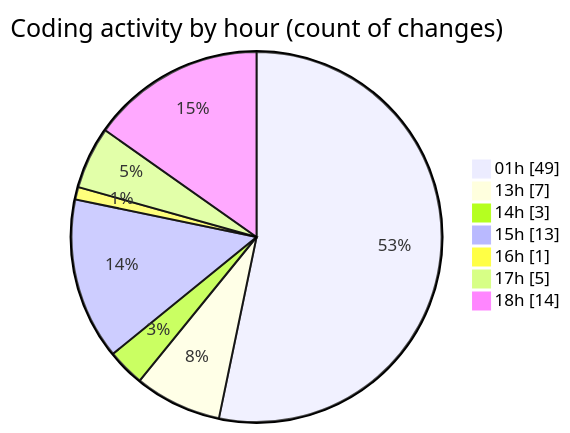
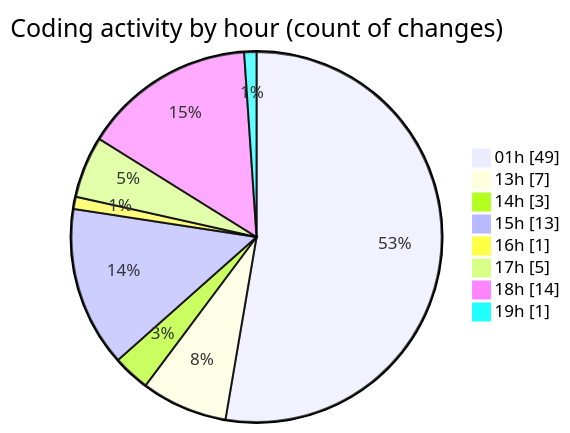
The second of 2 diagrams in 2025-09-02/quanlylink/README.md (lephambinh05/code-tracking), drawn with Mermaid before and after one commit. The commit also changed other lines of this file and 1 other file, not shown here.

````diff
--- a/2025-09-02/quanlylink/README.md
+++ b/2025-09-02/quanlylink/README.md
@@ -63,11 +63,12 @@
 ```mermaid
 pie showData
 title Coding activity by hour (count of changes)
 "01h" : 49
 "13h" : 7
 "14h" : 3
 "15h" : 13
 "16h" : 1
 "17h" : 5
 "18h" : 14
+"19h" : 1
 ```
````
